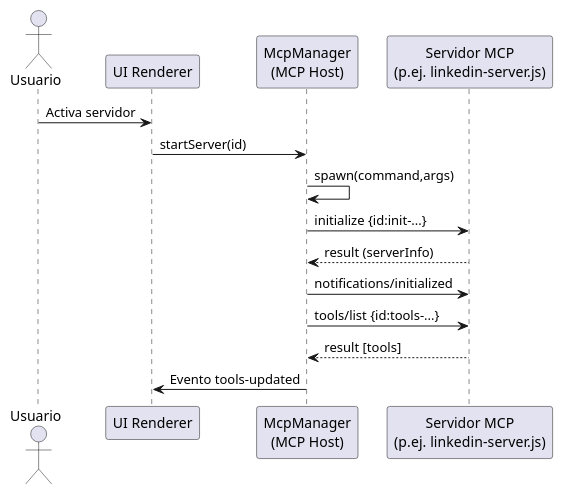
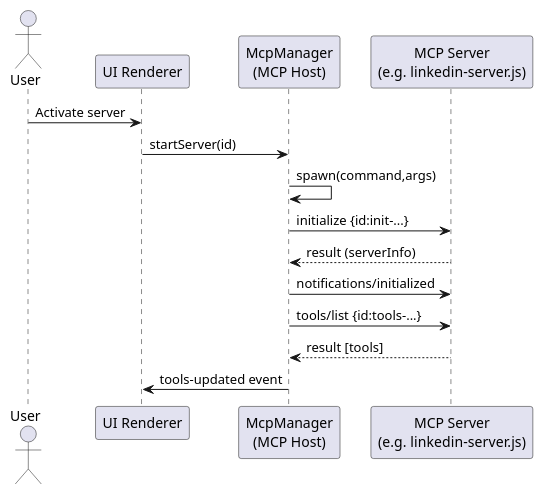
The first of 3 diagrams in docs/mcp-architecture.md (vjsr007/ollama-chat), drawn with PlantUML before and after one commit. The commit also changed other lines of this file, not shown here.

````diff
--- a/docs/mcp-architecture.md
+++ b/docs/mcp-architecture.md
@@ -21,17 +21,17 @@
 ```plantuml
 @startuml
-actor Usuario as U
+actor User as U
 participant "UI Renderer" as UI
 participant "McpManager\n(MCP Host)" as Host
-participant "Servidor MCP\n(p.ej. linkedin-server.js)" as S
-U -> UI: Activa servidor
+participant "MCP Server\n(e.g. linkedin-server.js)" as S
+U -> UI: Activate server
 UI -> Host: startServer(id)
 Host -> Host: spawn(command,args)
 Host -> S: initialize {id:init-...}
 S --> Host: result (serverInfo)
 Host -> S: notifications/initialized
 Host -> S: tools/list {id:tools-...}
 S --> Host: result [tools]
-Host -> UI: Evento tools-updated
+Host -> UI: tools-updated event
 @enduml
 ```
````
